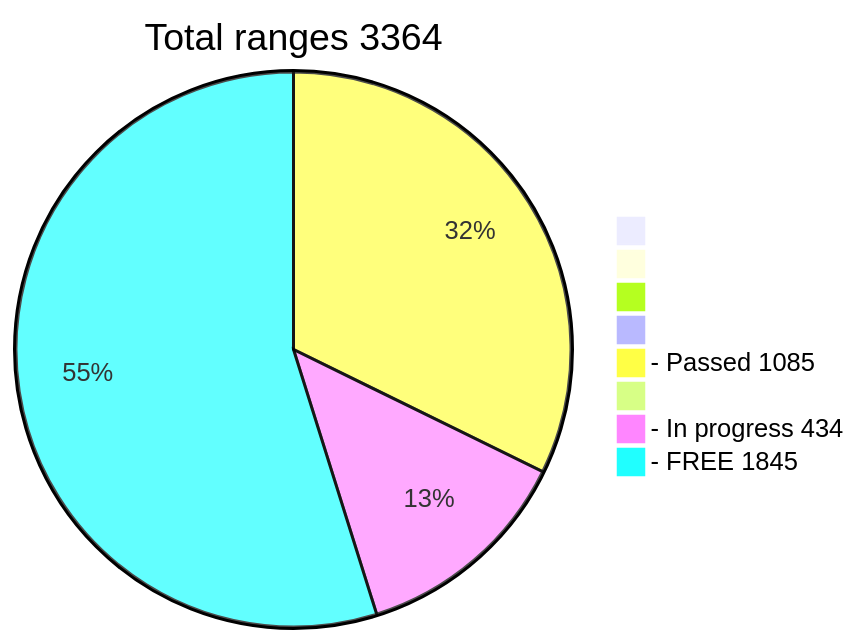
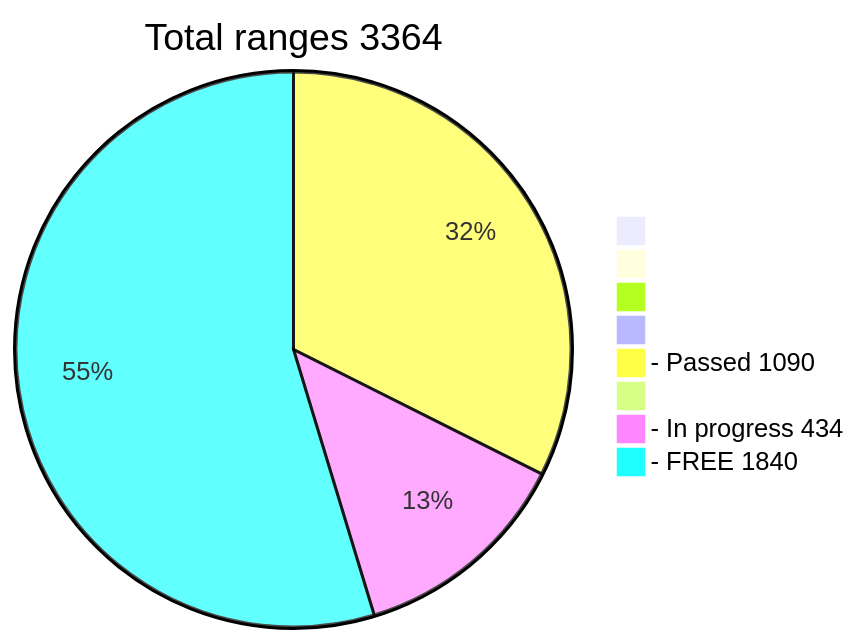
Before and after one commit to phrutis/wif500: the diagram in README.md, drawn with Mermaid.

````diff
--- a/README.md
+++ b/README.md
@@ -16,12 +16,12 @@
 ```mermaid
 pie title Total ranges 3364
              " " : 0
             "  " : 0
            "   " : 0
           "    " : 0
-  "- Passed 1085" : 1085
+  "- Passed 1090" : 1090
          "     " : 0
   "- In progress 434" : 434
-   "- FREE 1845" : 1845
+   "- FREE 1840" : 1840
    
 ```
````
